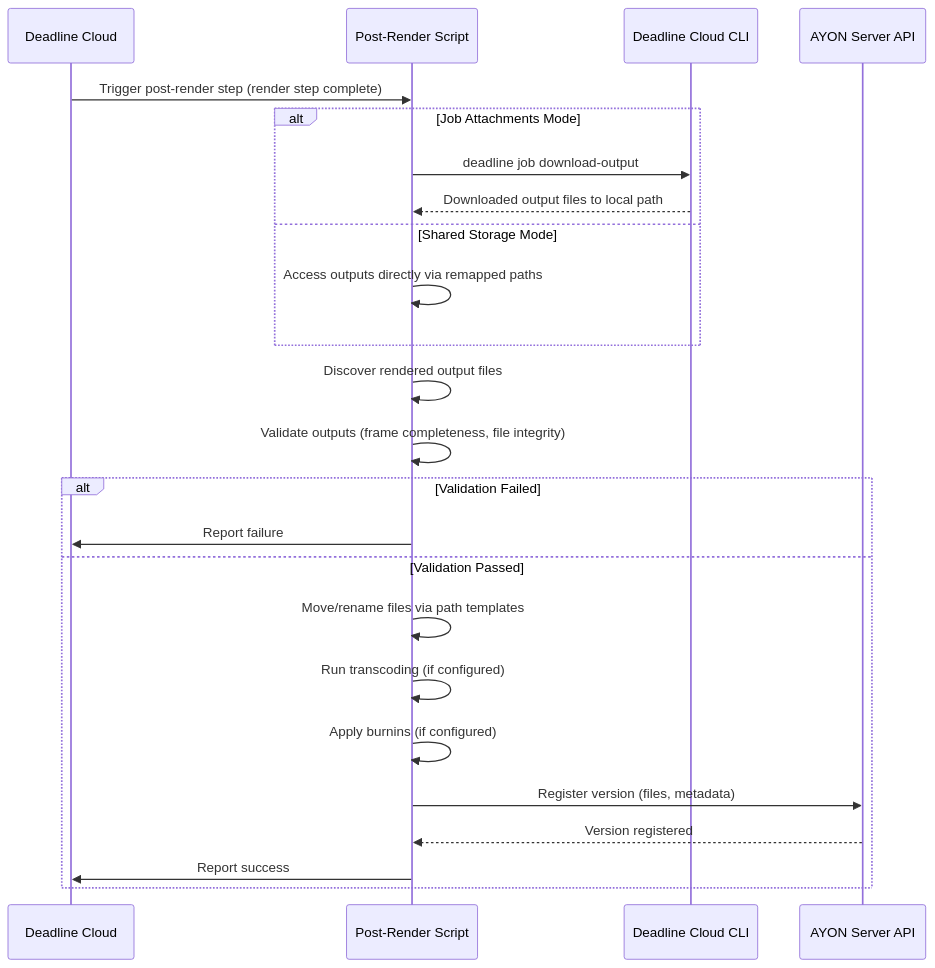
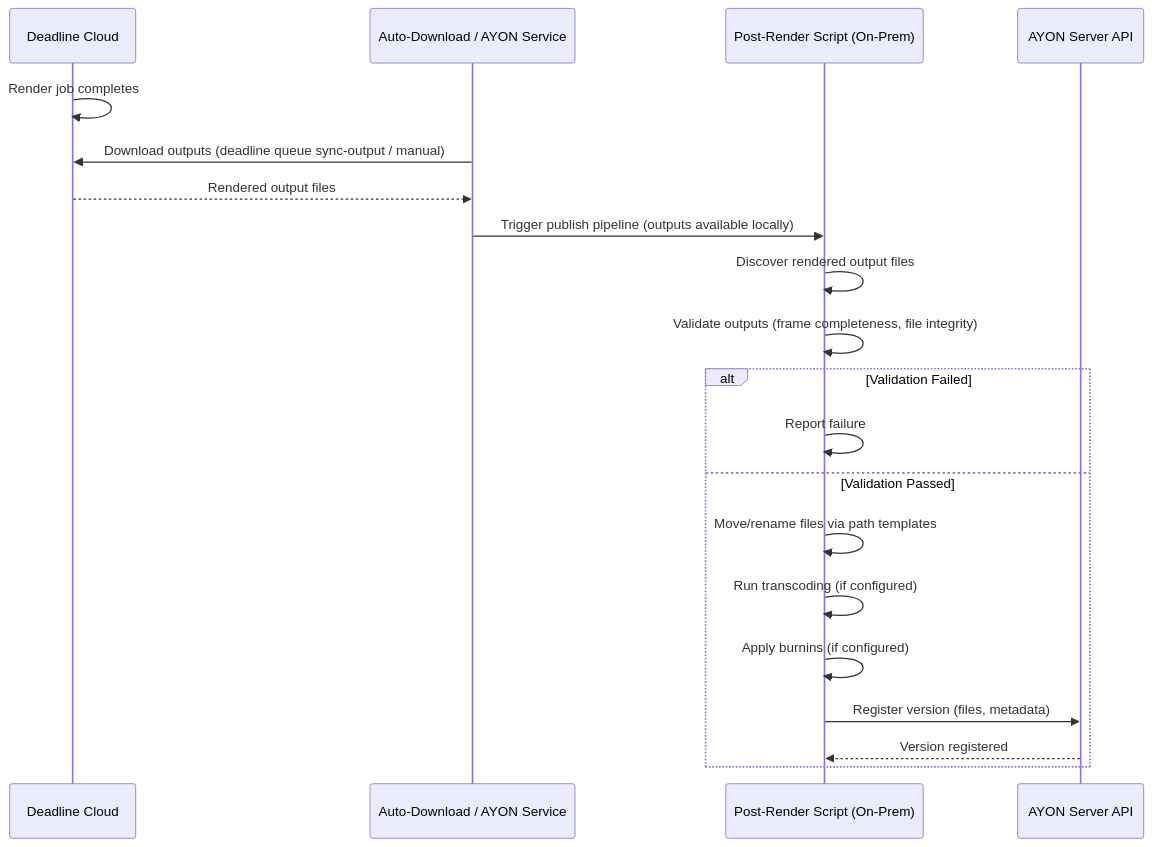
Before and after one commit to leon-li-inspire/ayon-deadline-cloud: the third of 3 diagrams in .kiro/specs/deadline-cloud-integration/design.md, drawn with Mermaid. The commit also changed other lines of this file, not shown here.

First line of the commit message:
Resolve post-render execution model: MVP on-prem, target state farm-side via OpenJD

````diff
--- a/.kiro/specs/deadline-cloud-integration/design.md
+++ b/.kiro/specs/deadline-cloud-integration/design.md
@@ -111,30 +113,25 @@
 ```mermaid
 sequenceDiagram
     participant DC as Deadline Cloud
-    participant Script as Post-Render Script
-    participant CLI as Deadline Cloud CLI
+    participant DL as Auto-Download / AYON Service
+    participant Script as Post-Render Script (On-Prem)
     participant AYON as AYON Server API
 
-    DC->>Script: Trigger post-render step (render step complete)
+    DC->>DC: Render job completes
+    DL->>DC: Download outputs (deadline queue sync-output / manual)
+    DC-->>DL: Rendered output files
 
-    alt Job Attachments Mode
-        Script->>CLI: deadline job download-output
-        CLI-->>Script: Downloaded output files to local path
-    else Shared Storage Mode
-        Script->>Script: Access outputs directly via remapped paths
-    end
-
+    DL->>Script: Trigger publish pipeline (outputs available locally)
     Script->>Script: Discover rendered output files
     Script->>Script: Validate outputs (frame completeness, file integrity)
 
     alt Validation Failed
-        Script->>DC: Report failure
+        Script->>Script: Report failure
     else Validation Passed
         Script->>Script: Move/rename files via path templates
         Script->>Script: Run transcoding (if configured)
         Script->>Script: Apply burnins (if configured)
         Script->>AYON: Register version (files, metadata)
         AYON-->>Script: Version registered
-        Script->>DC: Report success
     end
 ```
````
